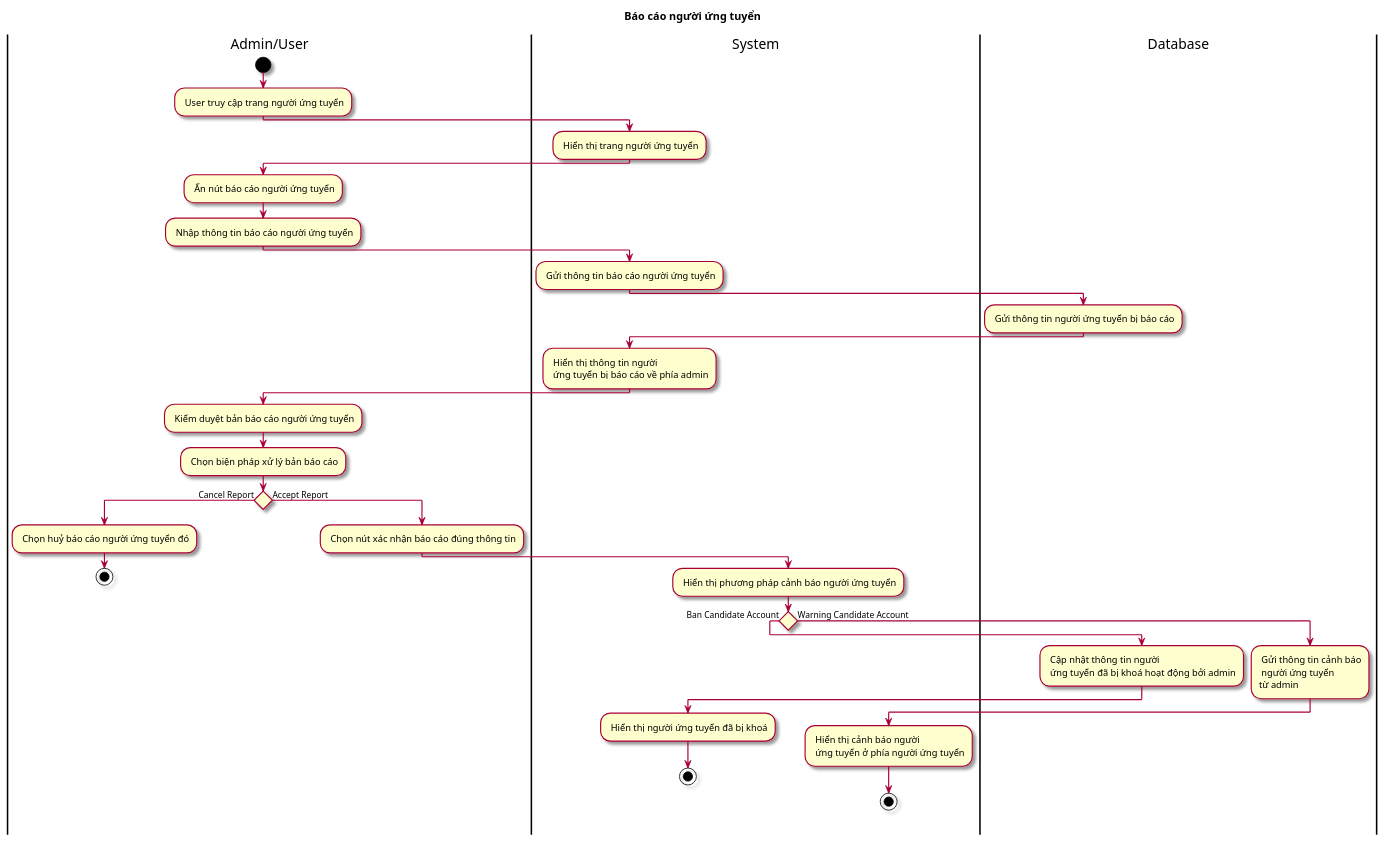
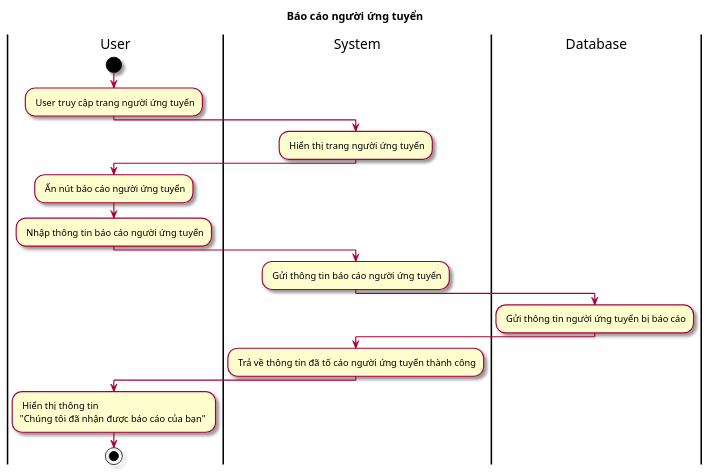
One commit to Griselda4774/EAS-EmploymentAssistanceSystem changed the diagram in Lab1/Lab 1.2 Diagram/Activity/FileUML/4.3 ActBaoCaoNguoiUngTuyen.puml. Above: the diagram before and after it, drawn with PlantUML. The commit also changed other lines of this file and 19 other files, not shown here.

```diff
--- a/Lab1/Lab 1.2 Diagram/Activity/FileUML/4.3 ActBaoCaoNguoiUngTuyen.puml
+++ b/Lab1/Lab 1.2 Diagram/Activity/FileUML/4.3 ActBaoCaoNguoiUngTuyen.puml
@@ -1,41 +1,23 @@
 @startuml ActBaoCaoBaiDang
 skin rose
 title Báo cáo người ứng tuyển
-|Admin/User|
+|User|
 start
 : User truy cập trang người ứng tuyển;
 |System|
 : Hiển thị trang người ứng tuyển;
-|Admin/User|
+|User|
 : Ấn nút báo cáo người ứng tuyển;
 : Nhập thông tin báo cáo người ứng tuyển;
 |System|
 : Gửi thông tin báo cáo người ứng tuyển;
 |Database|
 : Gửi thông tin người ứng tuyển bị báo cáo;
 |System|
-: Hiển thị thông tin người \n ứng tuyển bị báo cáo về phía admin;
-|Admin/User|
-: Kiểm duyệt bản báo cáo người ứng tuyển;
-: Chọn biện pháp xử lý bản báo cáo;
-if () then (Cancel Report)
-: Chọn huỷ báo cáo người ứng tuyển đó;
-stop
-else (Accept Report)
-: Chọn nút xác nhận báo cáo đúng thông tin;
-|System|
-: Hiển thị phương pháp cảnh báo người ứng tuyển;
-if () then (Ban Candidate Account)
-|Database|
-: Cập nhật thông tin người \n ứng tuyển đã bị khoá hoạt động bởi admin;
-|System|
-: Hiển thị người ứng tuyển đã bị khoá;
-stop
-else (Warning Candidate Account)
-|Database|
-: Gửi thông tin cảnh báo\n người ứng tuyển\ntừ admin;
-|System|
-: Hiển thị cảnh báo người \n ứng tuyển ở phía người ứng tuyển;
+: Trả về thông tin đã tố cáo người ứng tuyển thành công;
+|User|
+: Hiển thị thông tin \n"Chúng tôi đã nhận được báo cáo của bạn" ;
+
 stop
 
 @enduml
```
